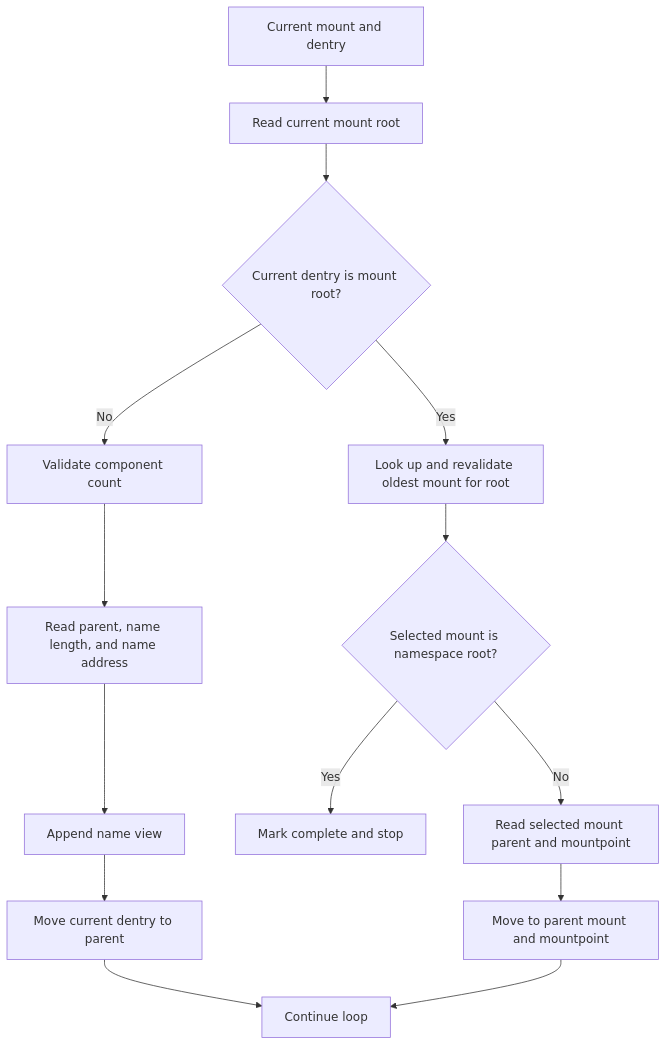
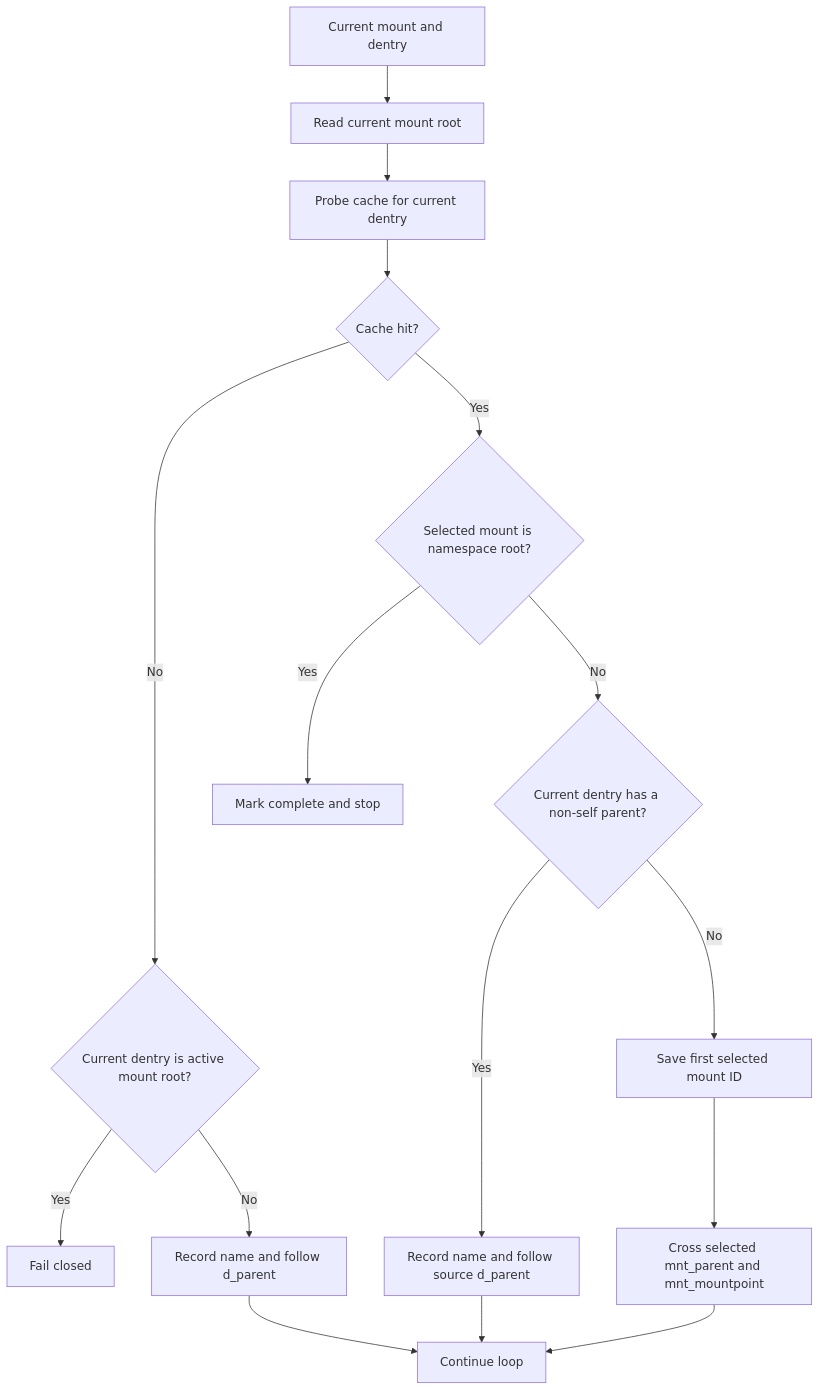
Before and after one commit to Ereborlabs/erebor-runtime: the eighth of 14 diagrams in docs/plans/mithril-hugging-face-intrusion-prevention/path-tree-denial-implementation-review.md, drawn with Mermaid. The commit also changed other lines of this file and 5 other files, not shown here.

````diff
--- a/docs/plans/mithril-hugging-face-intrusion-prevention/path-tree-denial-implementation-review.md
+++ b/docs/plans/mithril-hugging-face-intrusion-prevention/path-tree-denial-implementation-review.md
@@ -697,16 +708,18 @@
 ```mermaid
 flowchart TD
     A[Current mount and dentry] --> B[Read current mount root]
-    B --> C{Current dentry is mount root?}
-    C -- No --> D[Validate component count]
-    D --> E[Read parent, name length, and name address]
-    E --> F[Append name view]
-    F --> G[Move current dentry to parent]
-    G --> H[Continue loop]
-    C -- Yes --> I[Look up and revalidate oldest mount for root]
-    I --> J{Selected mount is namespace root?}
-    J -- Yes --> K[Mark complete and stop]
-    J -- No --> L[Read selected mount parent and mountpoint]
-    L --> M[Move to parent mount and mountpoint]
-    M --> H
+    B --> C[Probe cache for current dentry]
+    C --> D{Cache hit?}
+    D -- No --> E{Current dentry is active mount root?}
+    E -- Yes --> F[Fail closed]
+    E -- No --> G[Record name and follow d_parent]
+    D -- Yes --> H{Selected mount is namespace root?}
+    H -- Yes --> I[Mark complete and stop]
+    H -- No --> J{Current dentry has a non-self parent?}
+    J -- Yes --> K[Record name and follow source d_parent]
+    J -- No --> L[Save first selected mount ID]
+    L --> M[Cross selected mnt_parent and mnt_mountpoint]
+    G --> N[Continue loop]
+    K --> N
+    M --> N
 ```
````
